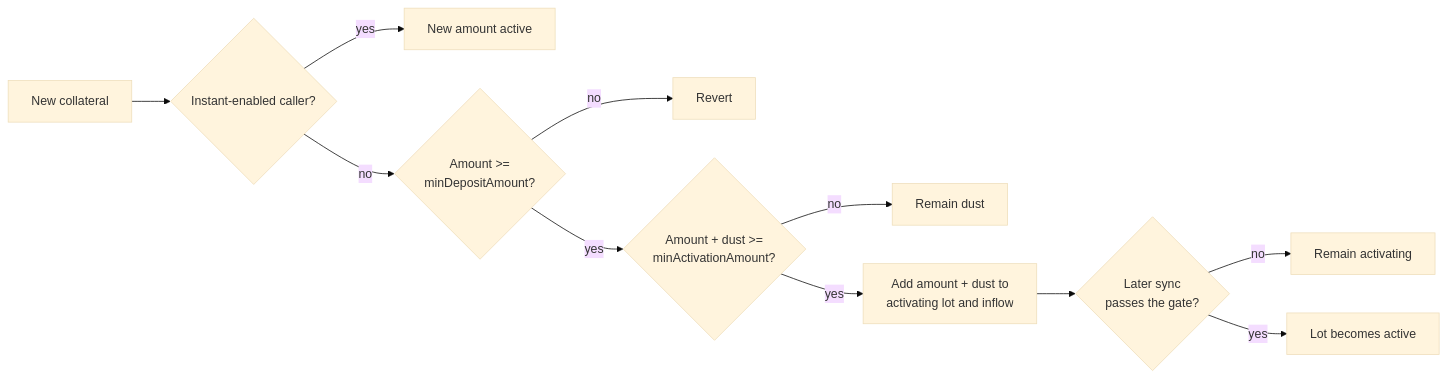
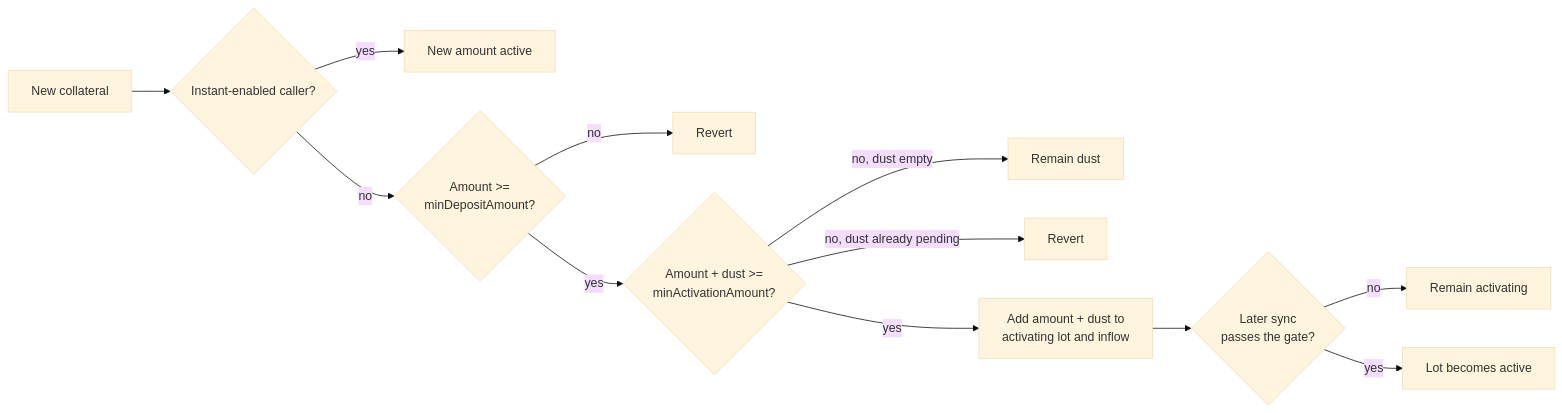
One commit to lidofinance/lend-markets changed the diagram in docs/specs/market-controller.md. Above: the diagram before and after it, drawn with Mermaid (base theme). The commit also changed other lines of this file and 38 other files, not shown here.

````diff
--- a/docs/specs/market-controller.md
+++ b/docs/specs/market-controller.md
@@ -90,13 +90,14 @@
 ```mermaid
 flowchart LR
     New["New collateral"] --> Instant{"Instant-enabled caller?"}
     Instant -->|"yes"| ActiveNow["New amount active"]
     Instant -->|"no"| Floor{"Amount >=<br/>minDepositAmount?"}
     Floor -->|"no"| Reject["Revert"]
     Floor -->|"yes"| Minimum{"Amount + dust >=<br/>minActivationAmount?"}
-    Minimum -->|"no"| Dust["Remain dust"]
+    Minimum -->|"no, dust empty"| Dust["Remain dust"]
+    Minimum -->|"no, dust already pending"| RejectDust["Revert"]
     Minimum -->|"yes"| Activating["Add amount + dust to<br/>activating lot and inflow"]
     Activating --> Gate{"Later sync<br/>passes the gate?"}
     Gate -->|"no"| Waiting["Remain activating"]
     Gate -->|"yes"| ActiveLater["Lot becomes active"]
 ```
````
